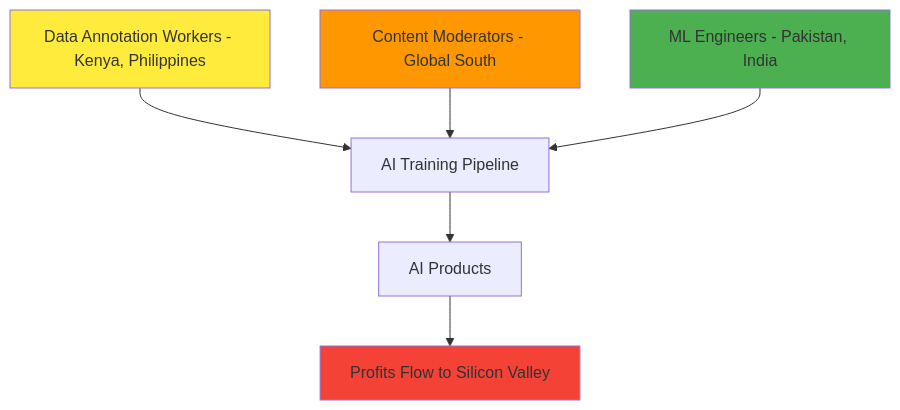
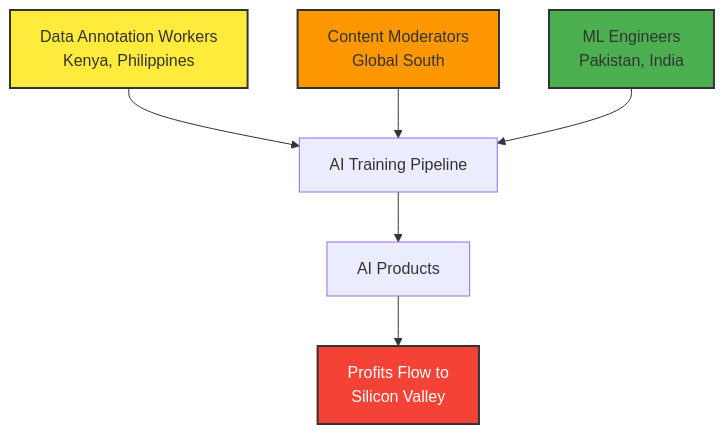
One commit to danial-amin/d.amin.github.io changed the diagram in _posts/2025-06-27-AI-Ethics.md. Above: the diagram before and after it, drawn with Mermaid. The commit also changed other lines of this file, not shown here.

````diff
--- a/_posts/2025-06-27-AI-Ethics.md
+++ b/_posts/2025-06-27-AI-Ethics.md
@@ -80,13 +80,18 @@
 ```mermaid
-graph TD
-    A[Data Annotation Workers - Kenya, Philippines] --> B[AI Training Pipeline]
-    C[Content Moderators - Global South] --> B
-    D[ML Engineers - Pakistan, India] --> B
-    B --> E[AI Products]
-    E --> F[Profits Flow to Silicon Valley]
+flowchart TD
+    A["Data Annotation Workers<br/>Kenya, Philippines"] --> B["AI Training Pipeline"]
+    C["Content Moderators<br/>Global South"] --> B
+    D["ML Engineers<br/>Pakistan, India"] --> B
+    B --> E["AI Products"]
+    E --> F["Profits Flow to<br/>Silicon Valley"]
     
-    style A fill:#ffeb3b
-    style C fill:#ff9800
-    style D fill:#4caf50
-    style F fill:#f44336
+    classDef workers fill:#ffeb3b,stroke:#333,stroke-width:2px
+    classDef moderators fill:#ff9800,stroke:#333,stroke-width:2px
+    classDef engineers fill:#4caf50,stroke:#333,stroke-width:2px
+    classDef profits fill:#f44336,stroke:#333,stroke-width:2px,color:#fff
+    
+    class A workers
+    class C moderators
+    class D engineers
+    class F profits
 ```
````
